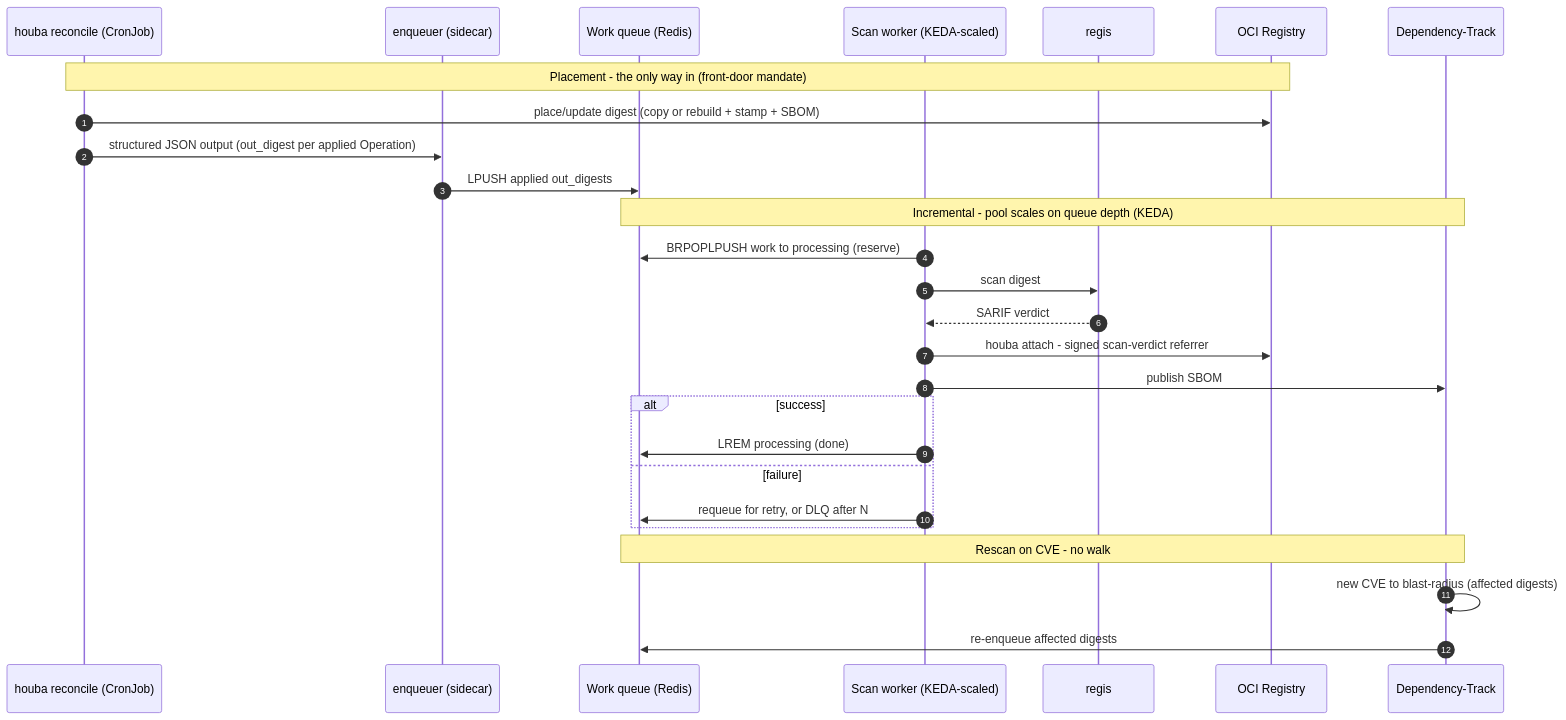
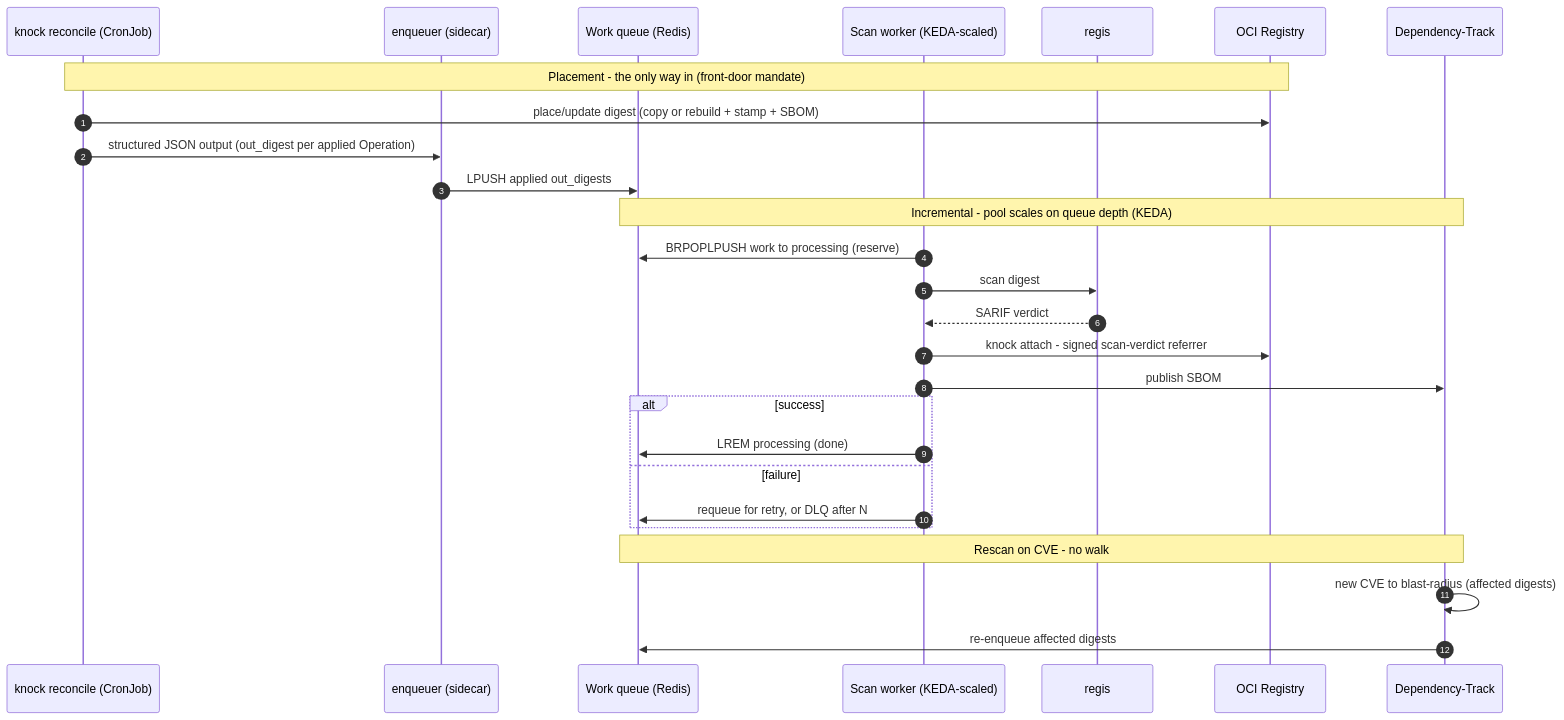
One commit to trivoallan/knock changed the second of 2 diagrams in docs/superpowers/specs/2026-06-25-platform-scan-pipeline-orchestration-design.md. Above: the diagram before and after it, drawn with Mermaid. The commit also changed other lines of this file and 484 other files, not shown here.

First line of the commit message:
refactor!: rename houba → knock (knock-oci on PyPI; KNOCK_/io.knock contracts) (#193)

````diff
--- a/docs/superpowers/specs/2026-06-25-platform-scan-pipeline-orchestration-design.md
+++ b/docs/superpowers/specs/2026-06-25-platform-scan-pipeline-orchestration-design.md
@@ -112,32 +112,32 @@
 ```mermaid
 sequenceDiagram
     autonumber
-    participant R as houba reconcile (CronJob)
+    participant R as knock reconcile (CronJob)
     participant E as enqueuer (sidecar)
     participant Q as Work queue (Redis)
     participant W as Scan worker (KEDA-scaled)
     participant S as regis
     participant Reg as OCI Registry
     participant DT as Dependency-Track
 
     Note over R,Reg: Placement - the only way in (front-door mandate)
     R->>Reg: place/update digest (copy or rebuild + stamp + SBOM)
     R->>E: structured JSON output (out_digest per applied Operation)
     E->>Q: LPUSH applied out_digests
 
     Note over Q,DT: Incremental - pool scales on queue depth (KEDA)
     W->>Q: BRPOPLPUSH work to processing (reserve)
     W->>S: scan digest
     S-->>W: SARIF verdict
-    W->>Reg: houba attach - signed scan-verdict referrer
+    W->>Reg: knock attach - signed scan-verdict referrer
     W->>DT: publish SBOM
     alt success
         W->>Q: LREM processing (done)
     else failure
         W->>Q: requeue for retry, or DLQ after N
     end
 
     Note over DT,Q: Rescan on CVE - no walk
     DT->>DT: new CVE to blast-radius (affected digests)
     DT->>Q: re-enqueue affected digests
 ```
````
